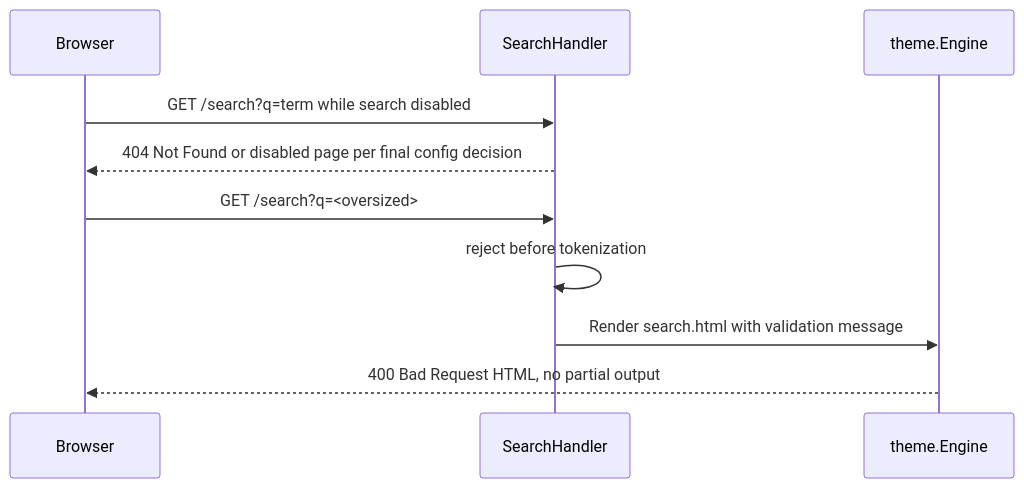
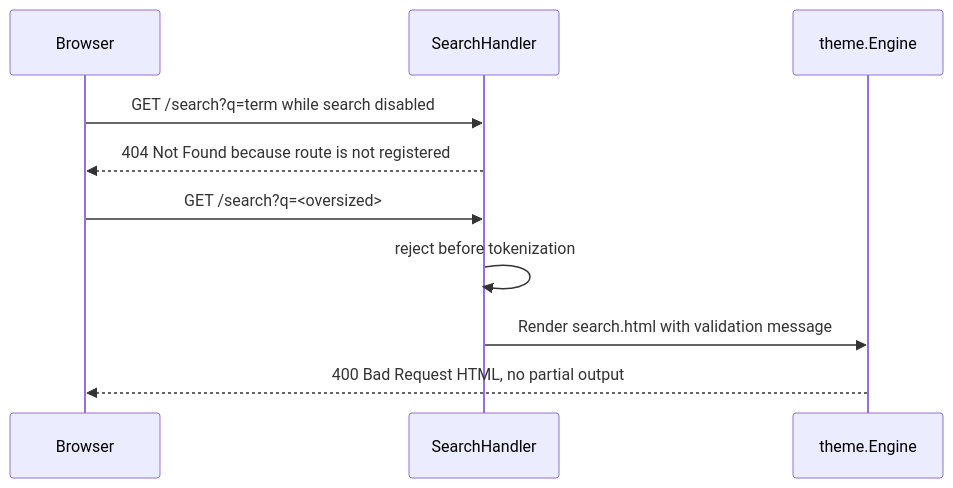
Before and after one commit to khaines/blogflow: the third of 4 diagrams in docs/engineering/design/001-full-text-search.md, drawn with Mermaid. The commit also changed other lines of this file, not shown here.

````diff
--- a/docs/engineering/design/001-full-text-search.md
+++ b/docs/engineering/design/001-full-text-search.md
@@ -115,14 +115,14 @@
 ```mermaid
 sequenceDiagram
     participant Client as Browser
     participant Handler as SearchHandler
     participant Theme as theme.Engine
 
     Client->>Handler: GET /search?q=term while search disabled
-    Handler-->>Client: 404 Not Found or disabled page per final config decision
+    Handler-->>Client: 404 Not Found because route is not registered
 
     Client->>Handler: GET /search?q=<oversized>
     Handler->>Handler: reject before tokenization
     Handler->>Theme: Render search.html with validation message
     Theme-->>Client: 400 Bad Request HTML, no partial output
 ```
````
